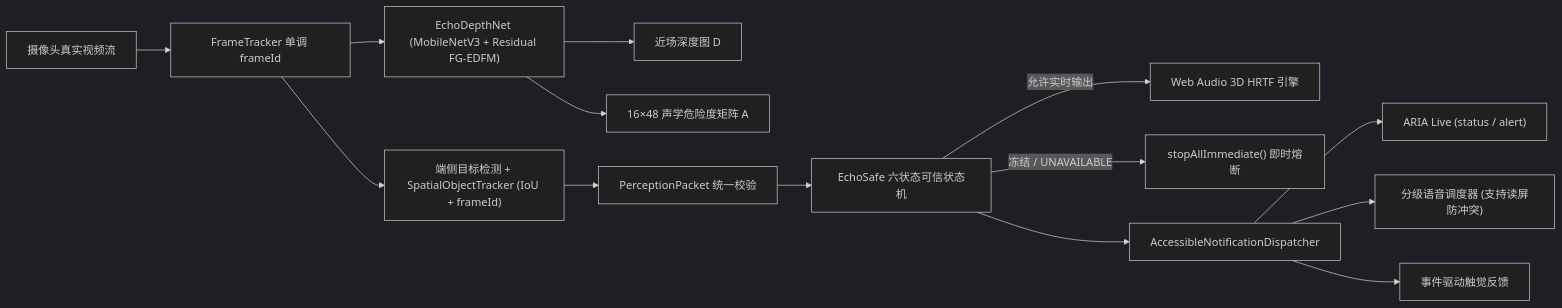
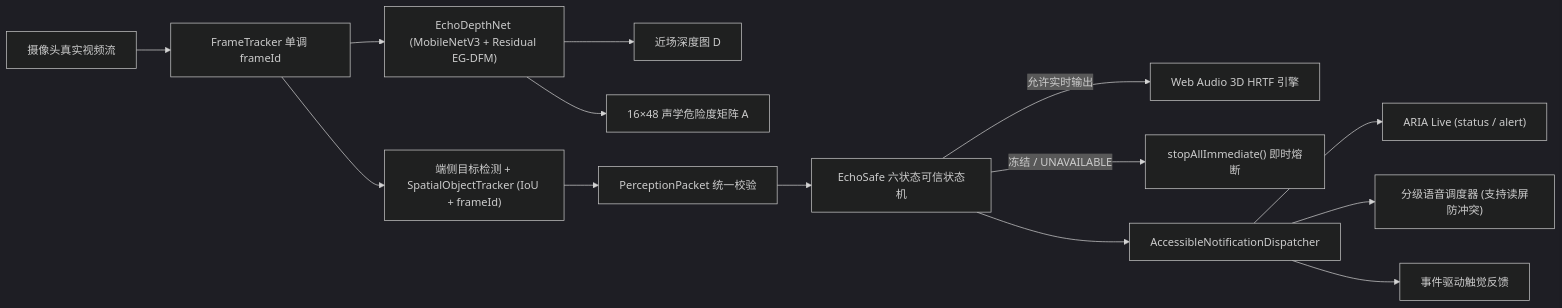
The diagram in research/PATENT_DISCLOSURE_CN.md (zhud41343-alt/echosight), drawn with Mermaid (dark theme) before and after one commit. The commit also changed other lines of this file and 19 other files, not shown here.

````diff
--- a/research/PATENT_DISCLOSURE_CN.md
+++ b/research/PATENT_DISCLOSURE_CN.md
@@ -91,16 +91,16 @@
 ```mermaid
 flowchart LR
   Cam["摄像头真实视频流"] --> FT["FrameTracker 单调 frameId"]
-  FT --> Net["EchoDepthNet (MobileNetV3 + Residual FG-EDFM)"]
+  FT --> Net["EchoDepthNet (MobileNetV3 + Residual EG-DFM)"]
   Net --> Depth["近场深度图 D"]
   Net --> Ac["16×48 声学危险度矩阵 A"]
   FT --> Det["端侧目标检测 + SpatialObjectTracker (IoU + frameId)"]
   Det --> Pkt["PerceptionPacket 统一校验"]
   Pkt --> Safe["EchoSafe 六状态可信状态机"]
   Safe -->|"允许实时输出"| Audio["Web Audio 3D HRTF 引擎"]
   Safe -->|"冻结 / UNAVAILABLE"| Stop["stopAllImmediate() 即时熔断"]
   Safe --> Notif["AccessibleNotificationDispatcher"]
   Notif --> ARIA["ARIA Live (status / alert)"]
   Notif --> TTS["分级语音调度器 (支持读屏防冲突)"]
   Notif --> Hap["事件驱动触觉反馈"]
 ```
````
